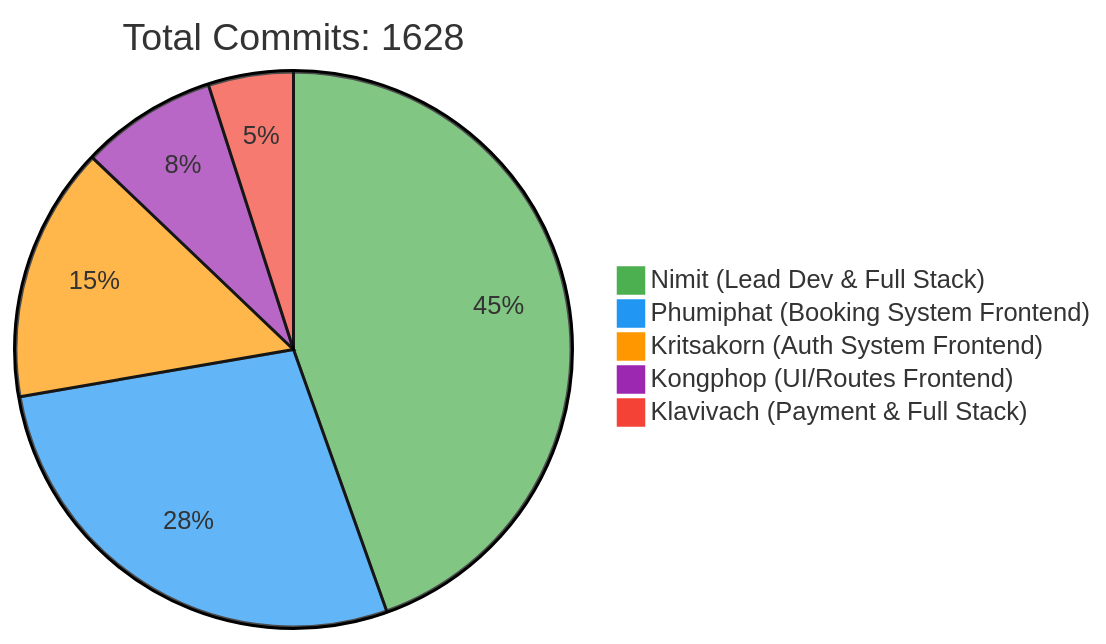
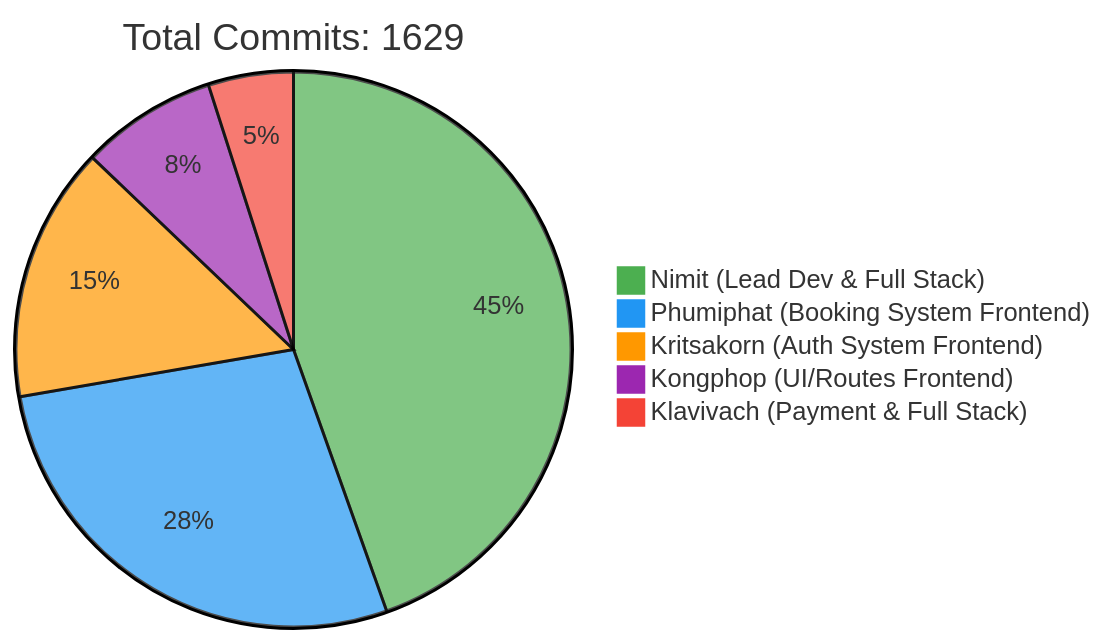
Before and after one commit to 6531503042/Sport-Complex: the first of 2 diagrams in README.md, drawn with Mermaid. The commit also changed other lines of this file, not shown here.

Commit message:
docs: Update contributor statistics [skip ci]

````diff
--- a/README.md
+++ b/README.md
@@ -257,10 +257,10 @@
 ```mermaid
 %%{init: {'theme': 'base', 'themeVariables': { 'pie1': '#4CAF50', 'pie2': '#2196F3', 'pie3': '#FF9800', 'pie4': '#9C27B0', 'pie5': '#F44336'}}}%%
 pie
-    title Total Commits: 1628
+    title Total Commits: 1629
     "Nimit (Lead Dev & Full Stack)" : 450
     "Phumiphat (Booking System Frontend)" : 280
     "Kritsakorn (Auth System Frontend)" : 150
     "Kongphop (UI/Routes Frontend)" : 80
     "Klavivach (Payment & Full Stack)" : 50
 ```
````
